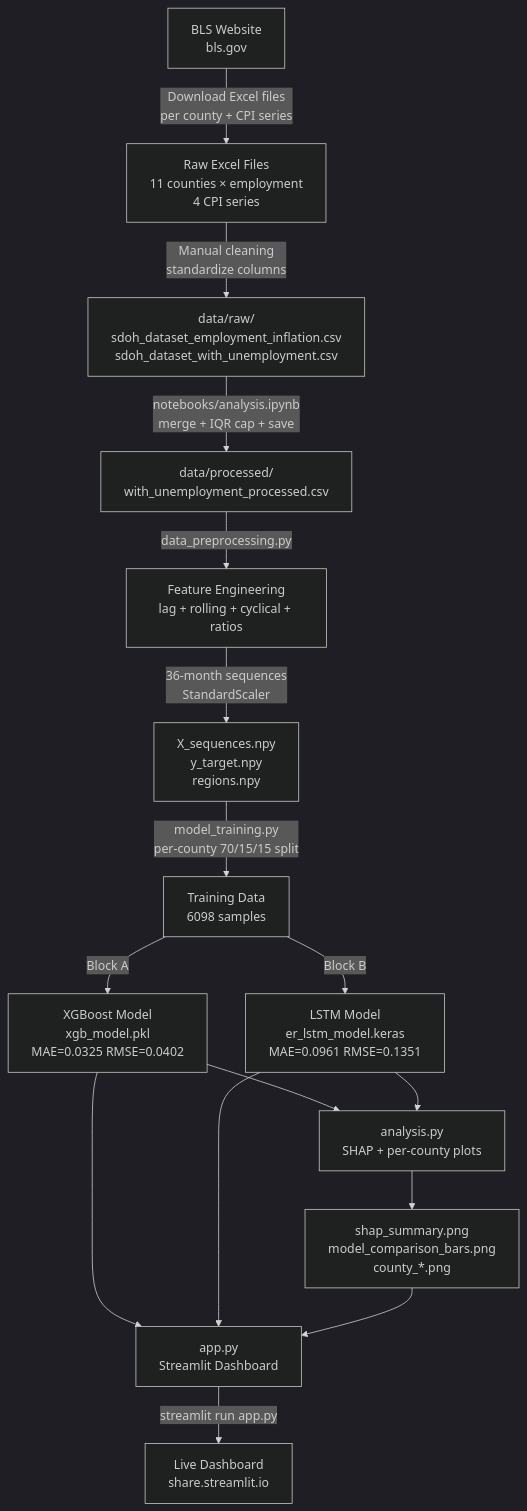
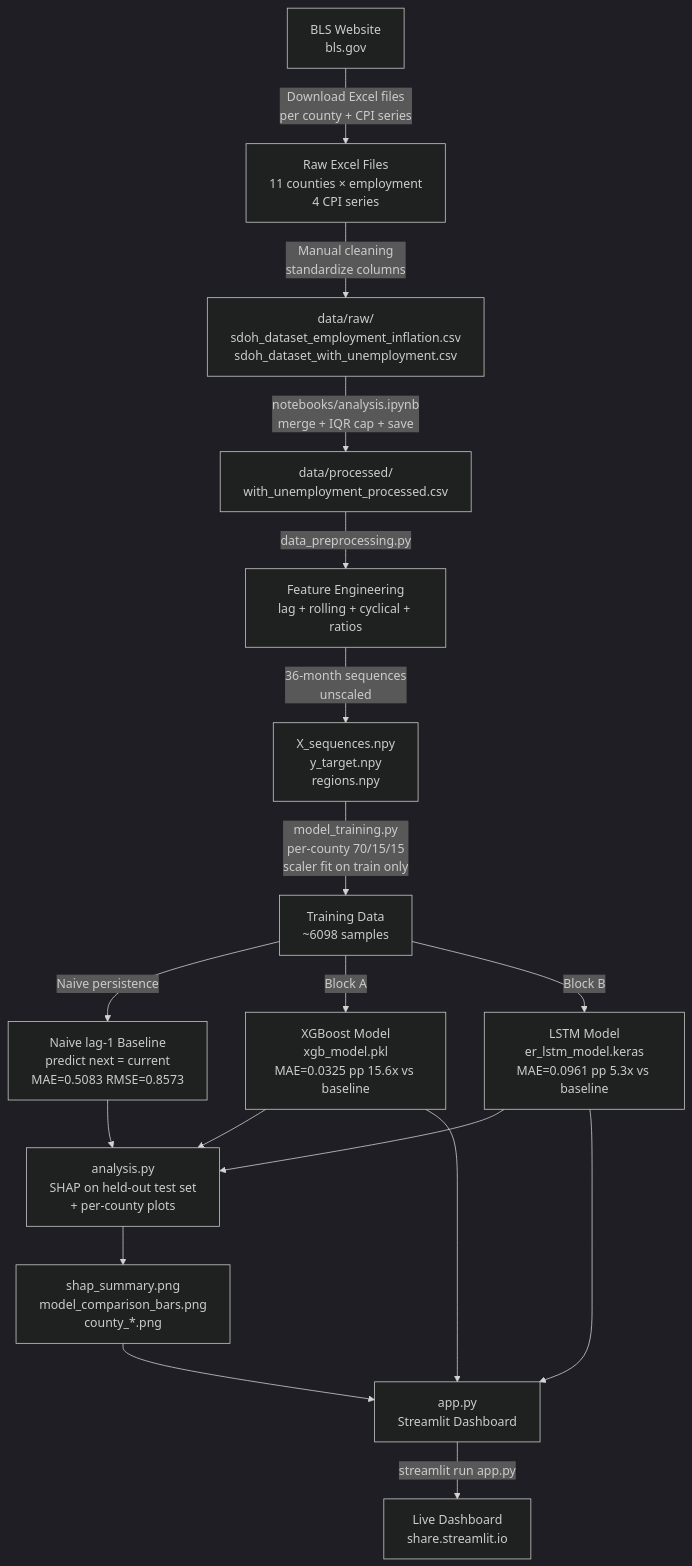
The first of 7 diagrams in README.md (RAJ-ARYAN-NITK/SDOH-economic-stress-forecaster), drawn with Mermaid (dark theme) before and after one commit. The commit also changed other lines of this file, not shown here.

````diff
--- a/README.md
+++ b/README.md
@@ -40,18 +40,20 @@
 ```mermaid
 flowchart TD
     A[BLS Website\nbls.gov] -->|Download Excel files\nper county + CPI series| B[Raw Excel Files\n11 counties × employment\n4 CPI series]
     B -->|Manual cleaning\nstandardize columns| C[data/raw/\nsdoh_dataset_employment_inflation.csv\nsdoh_dataset_with_unemployment.csv]
     C -->|notebooks/analysis.ipynb\nmerge + IQR cap + save| D[data/processed/\nwith_unemployment_processed.csv]
     D -->|data_preprocessing.py| E[Feature Engineering\nlag + rolling + cyclical + ratios]
-    E -->|36-month sequences\nStandardScaler| F[X_sequences.npy\ny_target.npy\nregions.npy]
-    F -->|model_training.py\nper-county 70/15/15 split| G[Training Data\n6098 samples]
-    G -->|Block A| H[XGBoost Model\nxgb_model.pkl\nMAE=0.0325 RMSE=0.0402]
-    G -->|Block B| I[LSTM Model\ner_lstm_model.keras\nMAE=0.0961 RMSE=0.1351]
-    H --> J[analysis.py\nSHAP + per-county plots]
+    E -->|36-month sequences\nunscaled| F[X_sequences.npy\ny_target.npy\nregions.npy]
+    F -->|model_training.py\nper-county 70/15/15\nscaler fit on train only| G[Training Data\n~6098 samples]
+    G -->|Naive persistence| N[Naive lag-1 Baseline\npredict next = current\nMAE=0.5083 RMSE=0.8573]
+    G -->|Block A| H[XGBoost Model\nxgb_model.pkl\nMAE=0.0325 pp 15.6x vs baseline]
+    G -->|Block B| I[LSTM Model\ner_lstm_model.keras\nMAE=0.0961 pp 5.3x vs baseline]
+    N --> J
+    H --> J[analysis.py\nSHAP on held-out test set\n+ per-county plots]
     I --> J
     J --> K[shap_summary.png\nmodel_comparison_bars.png\ncounty_*.png]
     H --> L[app.py\nStreamlit Dashboard]
     I --> L
     K --> L
     L -->|streamlit run app.py| M[Live Dashboard\nshare.streamlit.io]
 ```
````
